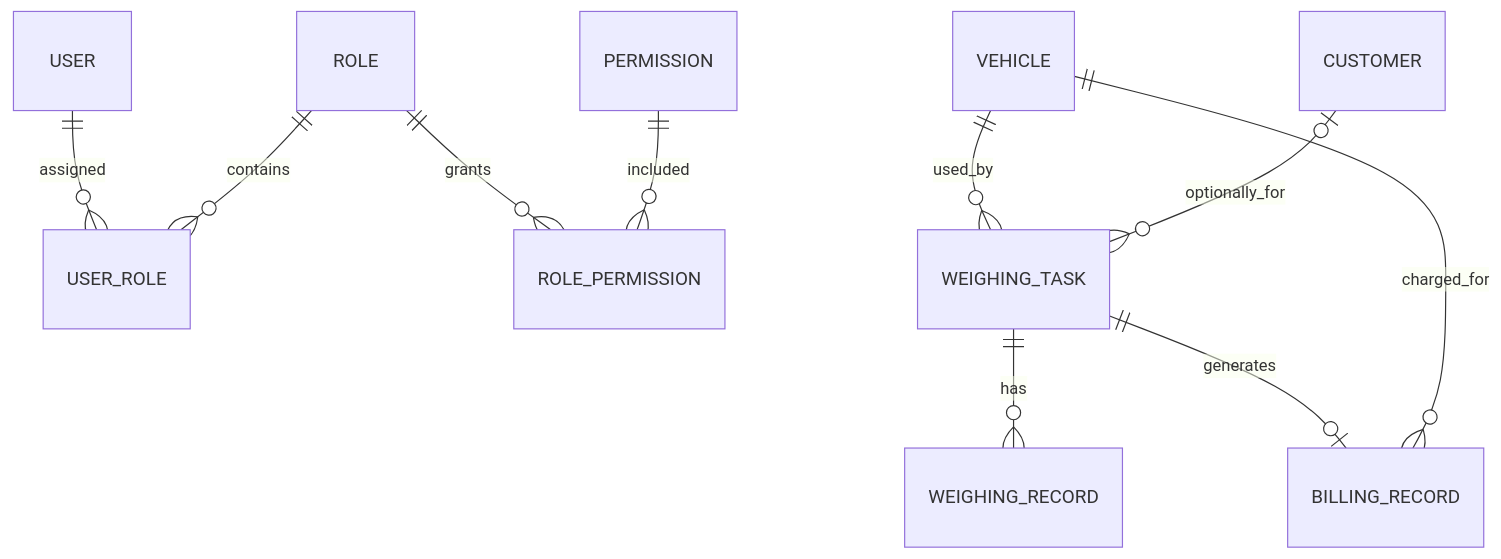
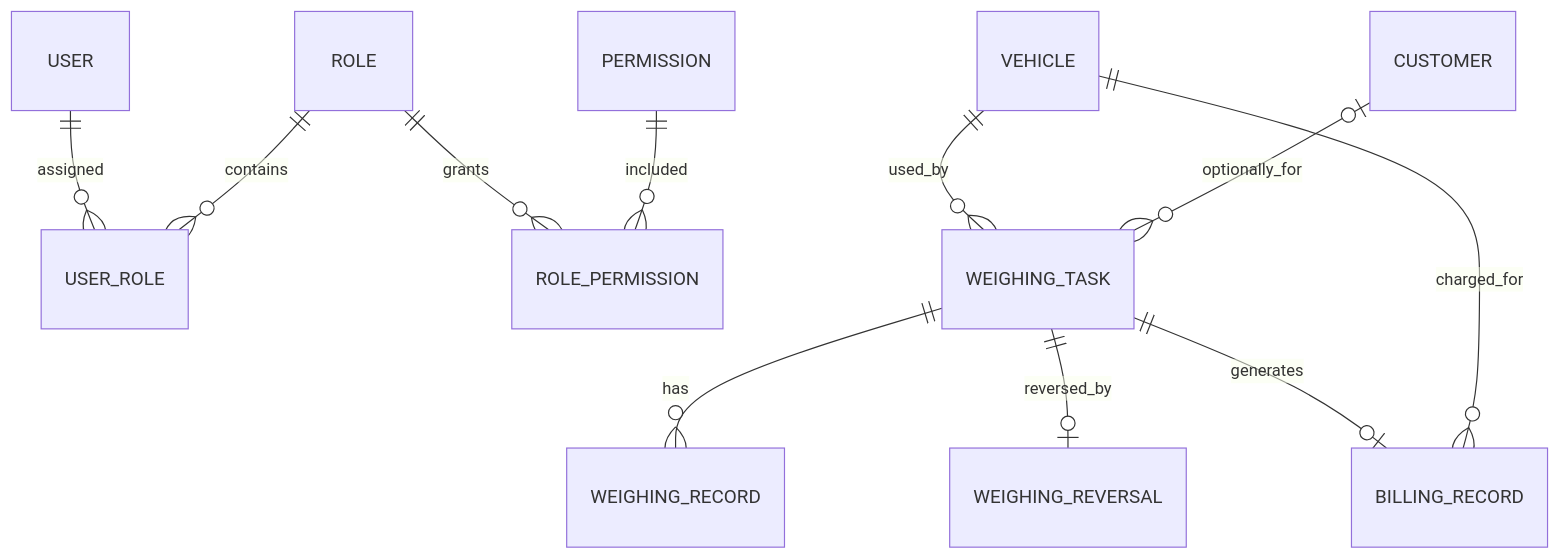
Before and after one commit to Newbie-pz/TimberOps: the diagram in docs/database-design.md, drawn with Mermaid. The commit also changed other lines of this file and 33 other files, not shown here.

Commit message:
feat: add completed weighing reversal workflow

````diff
--- a/docs/database-design.md
+++ b/docs/database-design.md
@@ -13,12 +13,13 @@
 ```mermaid
 erDiagram
     USER ||--o{ USER_ROLE : assigned
     ROLE ||--o{ USER_ROLE : contains
     ROLE ||--o{ ROLE_PERMISSION : grants
     PERMISSION ||--o{ ROLE_PERMISSION : included
     VEHICLE ||--o{ WEIGHING_TASK : used_by
     CUSTOMER o|--o{ WEIGHING_TASK : optionally_for
     WEIGHING_TASK ||--o{ WEIGHING_RECORD : has
+    WEIGHING_TASK ||--o| WEIGHING_REVERSAL : reversed_by
     WEIGHING_TASK ||--o| BILLING_RECORD : generates
     VEHICLE ||--o{ BILLING_RECORD : charged_for
 ```
````
